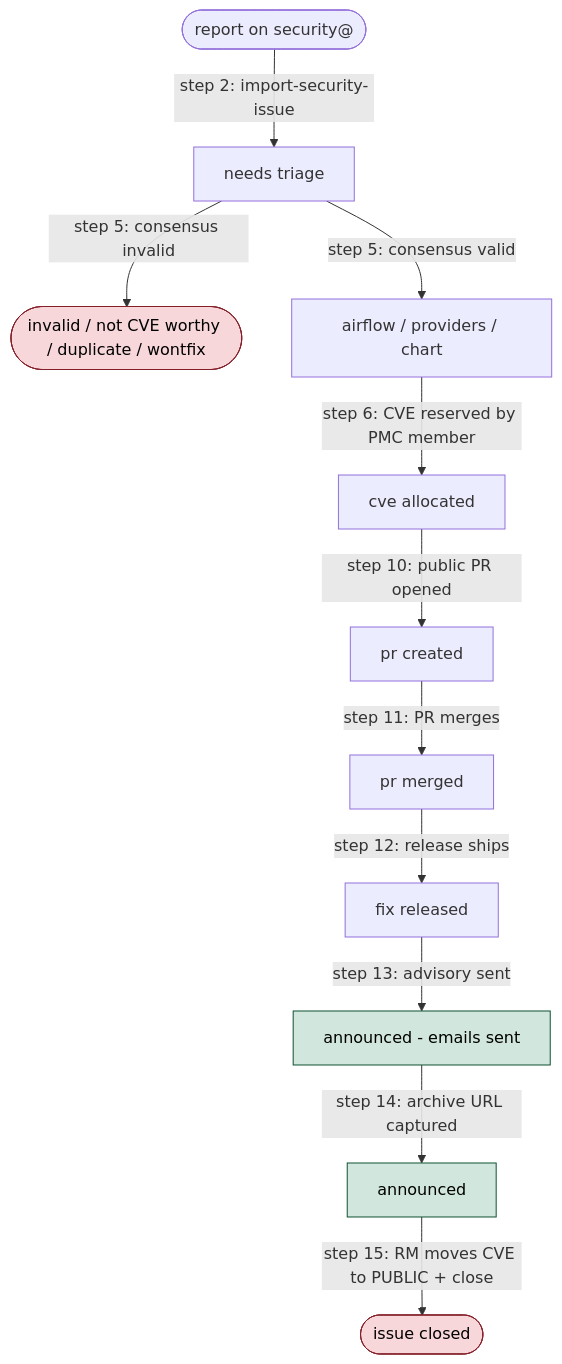
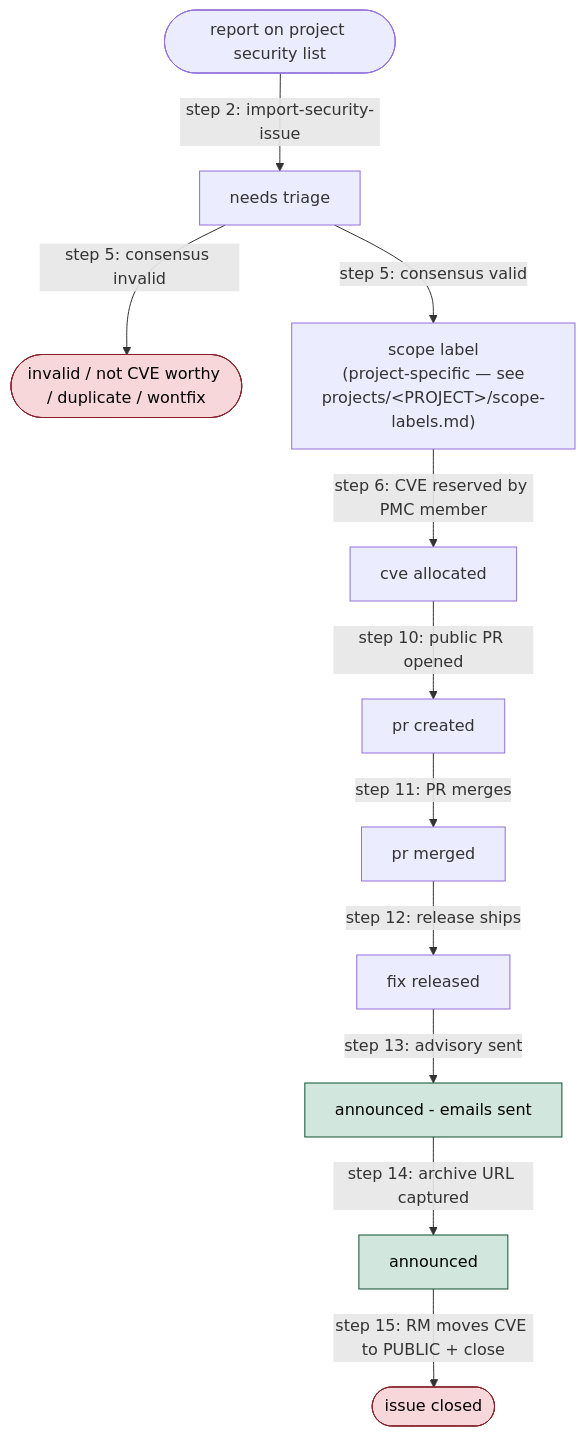
The diagram in README.md (potiuk/airflow), drawn with Mermaid before and after one commit. The commit also changed other lines of this file and 9 other files, not shown here.

````diff
--- a/README.md
+++ b/README.md
@@ -818,18 +834,18 @@
 ```mermaid
 flowchart TD
-    A([report on security@]) -->|step 2: import-security-issue| B[needs triage]
+    A([report on project security list]) -->|step 2: import-security-issue| B[needs triage]
     B -->|step 5: consensus invalid| X1([invalid / not CVE worthy / duplicate / wontfix])
-    B -->|step 5: consensus valid| C[airflow / providers / chart]
+    B -->|step 5: consensus valid| C["scope label<br/>(project-specific — see<br/>projects/&lt;PROJECT&gt;/scope-labels.md)"]
     C -->|step 6: CVE reserved by PMC member| D[cve allocated]
     D -->|step 10: public PR opened| E[pr created]
     E -->|step 11: PR merges| F[pr merged]
     F -->|step 12: release ships| G[fix released]
     G -->|step 13: advisory sent| H[announced - emails sent]
     H -->|step 14: archive URL captured| J[announced]
     J -->|step 15: RM moves CVE to PUBLIC + close| Z([issue closed])
 
     classDef closed fill:#f8d7da,stroke:#842029,color:#000;
     classDef done fill:#d1e7dd,stroke:#0f5132,color:#000;
     class X1,Z closed;
     class H,J done;
 ```
````
